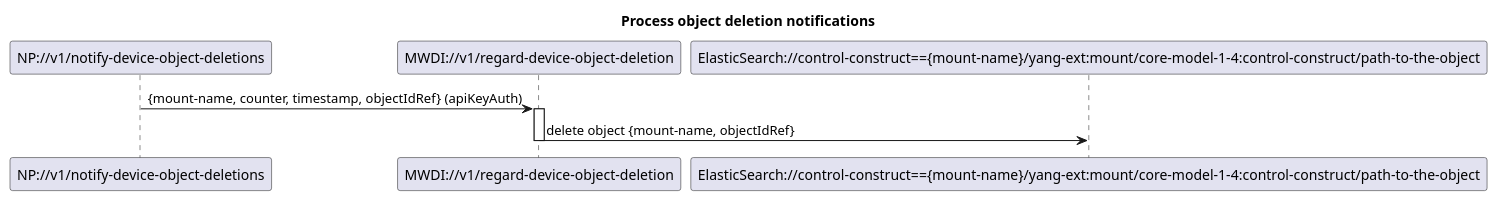
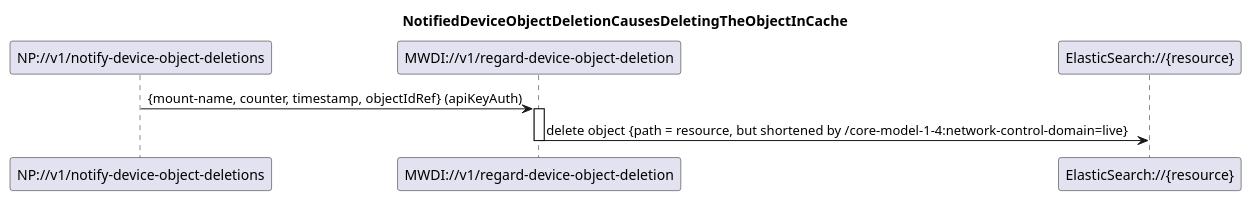
Before and after one commit to openBackhaul/MicroWaveDeviceInventory: the diagram in spec/diagrams/026_NotificationBasedObjectDeletion.plantuml, drawn with PlantUML. The commit also changed 20 other files, not shown here.

Commit message:
Review diagrams, services, forwardings, oas

```diff
--- a/spec/diagrams/026_NotificationBasedObjectDeletion.plantuml
+++ b/spec/diagrams/026_NotificationBasedObjectDeletion.plantuml
@@ -1,16 +1,16 @@
 @startuml 026_NotificationBasedObjectDeletion
 skinparam responseMessageBelowArrow true
 
-title Process object deletion notifications
+title NotifiedDeviceObjectDeletionCausesDeletingTheObjectInCache
 
 participant "NP://v1/notify-device-object-deletions" as subscription
 participant "MWDI://v1/regard-device-object-deletion" as regardObjectDeletion
-participant "ElasticSearch://control-construct=={mount-name}/yang-ext:mount/core-model-1-4:control-construct/path-to-the-object" as es
+participant "ElasticSearch://{resource}" as es
 
 subscription -> regardObjectDeletion: {mount-name, counter, timestamp, objectIdRef} (apiKeyAuth)
 activate regardObjectDeletion
 
-regardObjectDeletion -> es: delete object {mount-name, objectIdRef}
+regardObjectDeletion -> es: delete object {path = resource, but shortened by /core-model-1-4:network-control-domain=live}
 deactivate regardObjectDeletion
 
 @enduml
```
